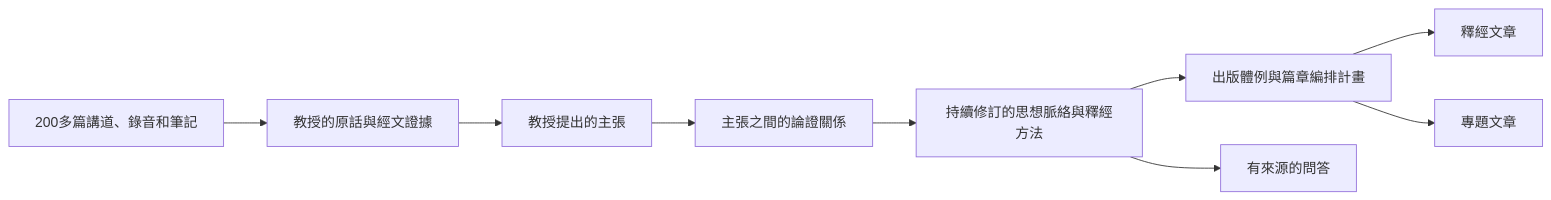
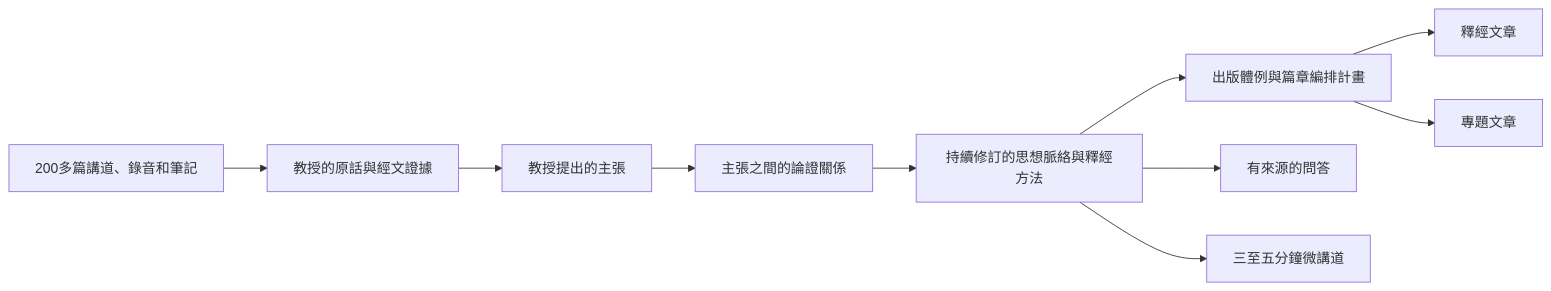
The second of 9 diagrams in docs/wang-knowledge-platform/project_mission_statement.md (junyang168/smart-answer), drawn with Mermaid before and after one commit. The commit also changed other lines of this file and 5 other files, not shown here.

````diff
--- a/docs/wang-knowledge-platform/project_mission_statement.md
+++ b/docs/wang-knowledge-platform/project_mission_statement.md
@@ -74,11 +77,12 @@
 ```mermaid
 flowchart LR
     A["200多篇講道、錄音和筆記"] --> B["教授的原話與經文證據"]
     B --> C["教授提出的主張"]
     C --> D["主張之間的論證關係"]
     D --> E["持續修訂的思想脈絡與釋經方法"]
     E --> P["出版體例與篇章編排計畫"]
     P --> F["釋經文章"]
     P --> G["專題文章"]
     E --> H["有來源的問答"]
+    E --> I["三至五分鐘微講道"]
 ```
````
